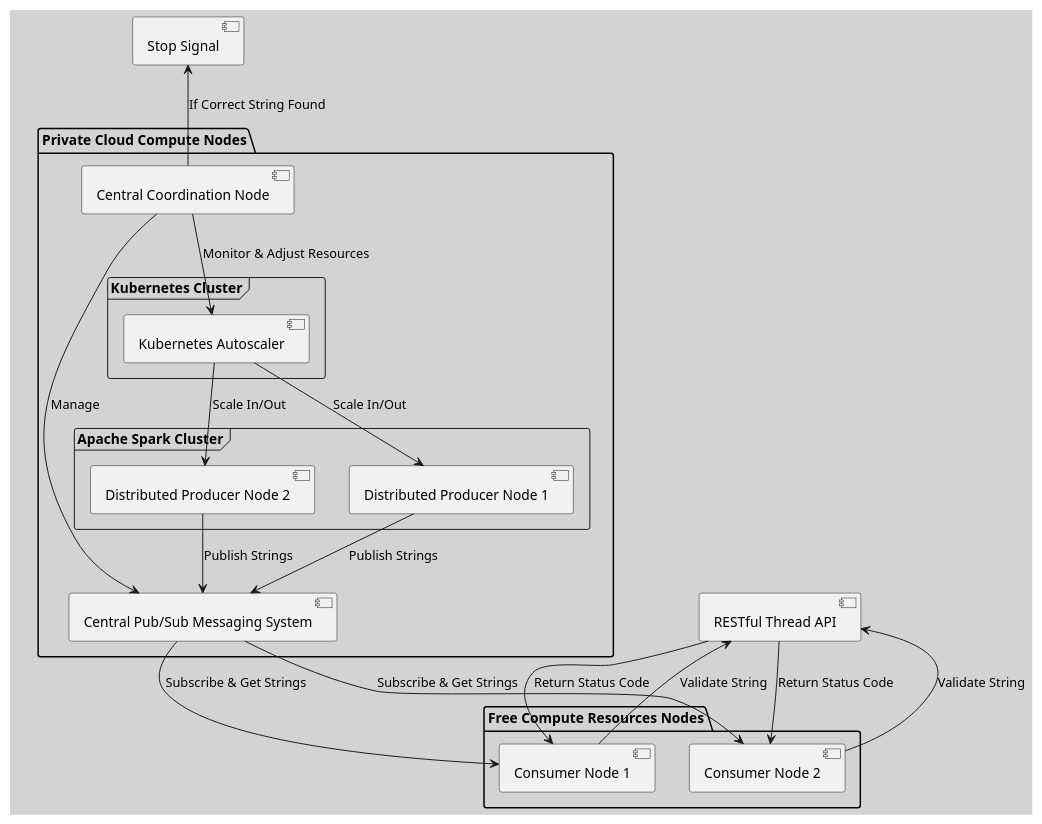
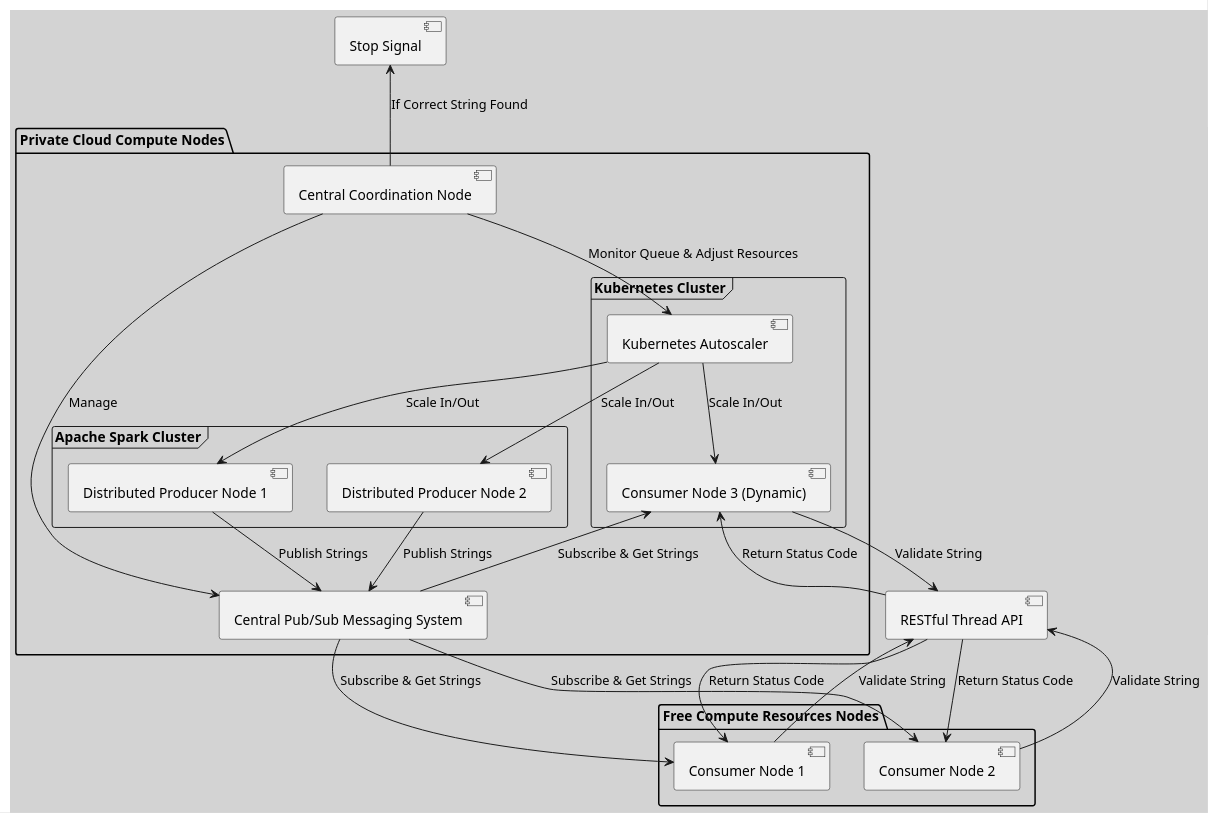
Before and after one commit to huangyingw/system_design: the diagram in interview_questions/distributed_string_guesser_architecture.puml, drawn with PlantUML.

```diff
--- a/interview_questions/distributed_string_guesser_architecture.puml
+++ b/interview_questions/distributed_string_guesser_architecture.puml
@@ -1,42 +1,47 @@
 @startuml
 skinparam backgroundColor #D3D3D3
 
 package "Private Cloud Compute Nodes" {
     [Central Coordination Node] as Coordinator
     frame "Apache Spark Cluster" {
     [Distributed Producer Node 1] as DistProducer1
     [Distributed Producer Node 2] as DistProducer2
     }
     frame "Kubernetes Cluster" {
         [Kubernetes Autoscaler] as Autoscaler
+        [Consumer Node 3 (Dynamic)] as DynamicConsumer3
     }
     [Central Pub/Sub Messaging System] as PubSub
 }
 
 package "Free Compute Resources Nodes" {
     [Consumer Node 1] as FreeConsumer1
     [Consumer Node 2] as FreeConsumer2
 }
     
 [RESTful Thread API] as API
 
-Coordinator --> Autoscaler : Monitor & Adjust Resources
+Coordinator --> Autoscaler : Monitor Queue & Adjust Resources
 Autoscaler --> DistProducer1 : Scale In/Out
 Autoscaler --> DistProducer2 : Scale In/Out
+Autoscaler --> DynamicConsumer3 : Scale In/Out
 Coordinator --> PubSub : Manage
     
 DistProducer1 --> PubSub : Publish Strings
 DistProducer2 --> PubSub : Publish Strings
 
 PubSub --> FreeConsumer1 : Subscribe & Get Strings
 PubSub --> FreeConsumer2 : Subscribe & Get Strings
+PubSub --> DynamicConsumer3 : Subscribe & Get Strings
 
 FreeConsumer1 --> API : Validate String
 FreeConsumer2 --> API : Validate String
+DynamicConsumer3 --> API : Validate String
 
 API --> FreeConsumer1 : Return Status Code
 API --> FreeConsumer2 : Return Status Code
+API --> DynamicConsumer3 : Return Status Code
 
 Coordinator -up-> [Stop Signal] : If Correct String Found
 
 @enduml
```
